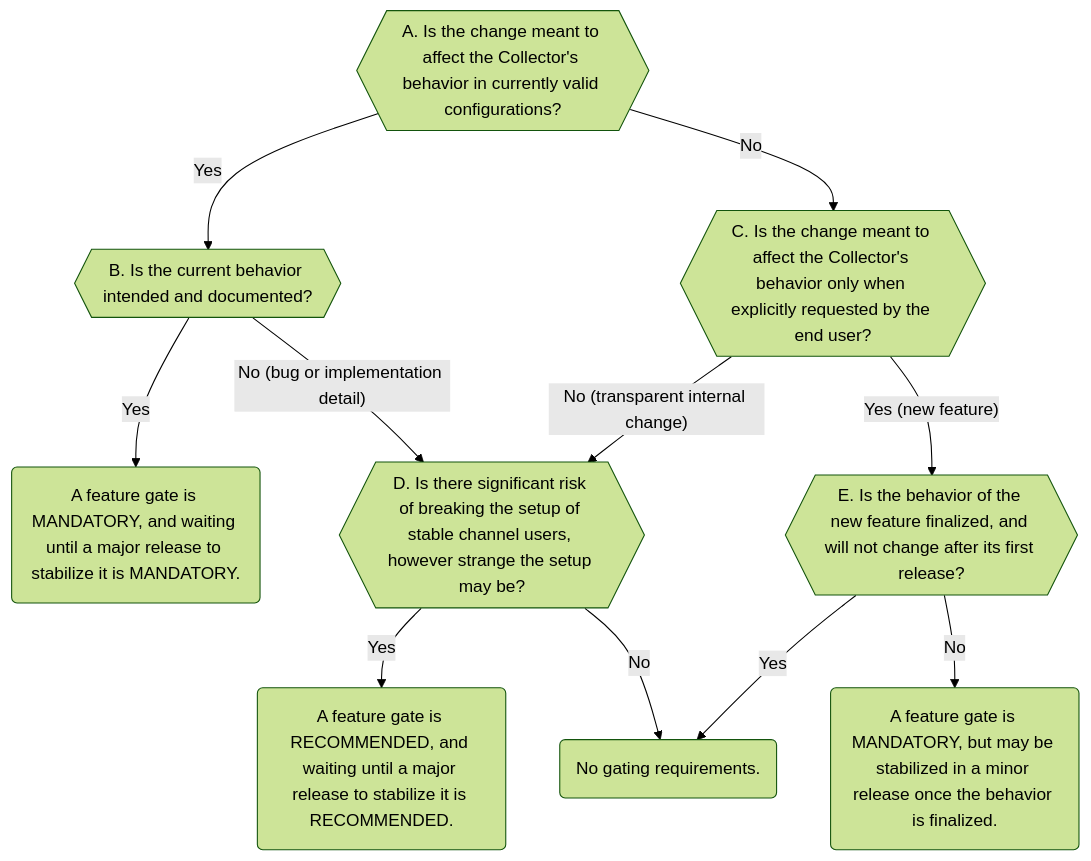
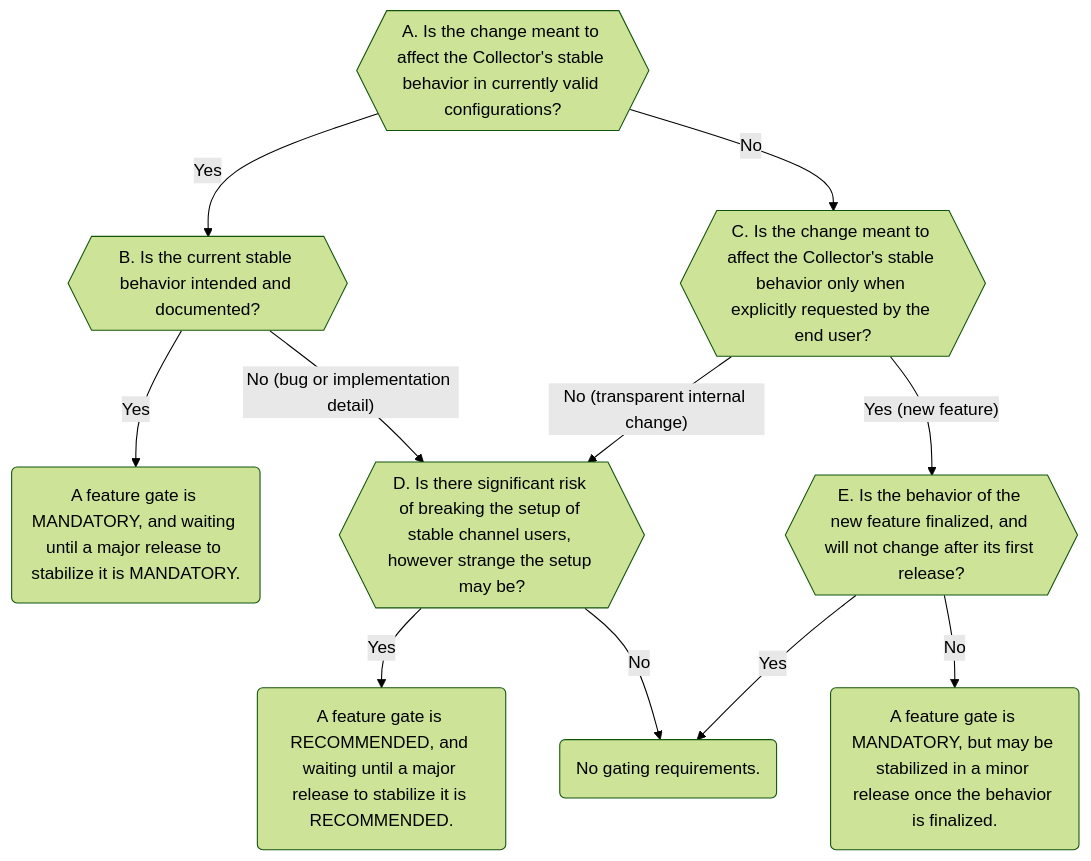
One commit to open-telemetry/opentelemetry-collector changed the diagram in docs/rfcs/stable-by-default.md. Above: the diagram before and after it, drawn with Mermaid (forest theme). The commit also changed other lines of this file, not shown here.

Commit message:
Clarify that new requirements only apply to components after stabilization

````diff
--- a/docs/rfcs/stable-by-default.md
+++ b/docs/rfcs/stable-by-default.md
@@ -203,22 +207,22 @@
 ```mermaid
 flowchart TD
-  A{{A. Is the change meant to affect the Collector's behavior in currently valid configurations?}}
+  A{{A. Is the change meant to affect the Collector's stable behavior in currently valid configurations?}}
   A -->|Yes| B
   A -->|No| C
 
-  B{{B. Is the current behavior intended and documented?}}
+  B{{B. Is the current stable behavior intended and documented?}}
   B -->|Yes| Omm(A feature gate is MANDATORY, and waiting until a major release to stabilize it is MANDATORY.)
   B -->|"No (bug or implementation detail)"| D
 
-  C{{C. Is the change meant to affect the Collector's behavior only when explicitly requested by the end user?}}
+  C{{C. Is the change meant to affect the Collector's stable behavior only when explicitly requested by the end user?}}
   C -->|"No (transparent internal change)"| D
   C -->|"Yes (new feature)"| E
 
   D{{D. Is there significant risk of breaking the setup of stable channel users, however strange the setup may be?}}
   D -->|Yes| Orr(A feature gate is RECOMMENDED, and waiting until a major release to stabilize it is RECOMMENDED.)
   D -->|No| Onn(No gating requirements.)
 
   E{{E. Is the behavior of the new feature finalized, and will not change after its first release?}}
   E -->|No| Omr(A feature gate is MANDATORY, but may be stabilized in a minor release once the behavior is finalized.)
   E -->|Yes| Onn(No gating requirements.)
 ```
````
